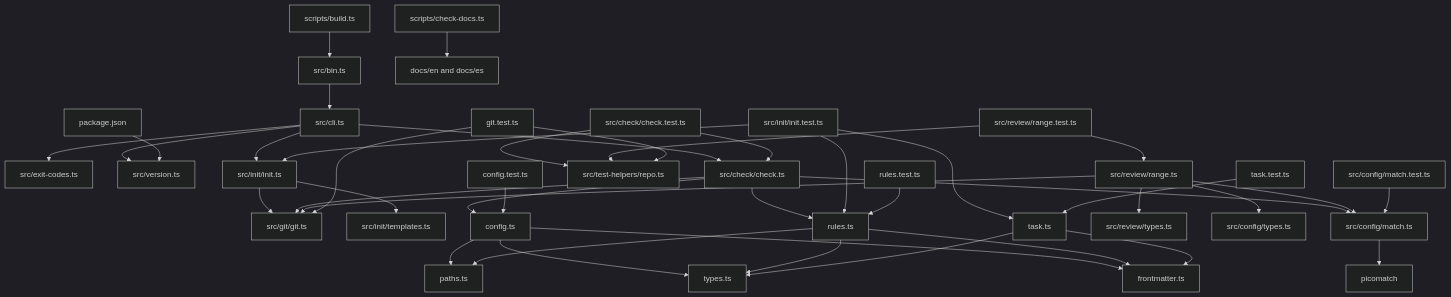
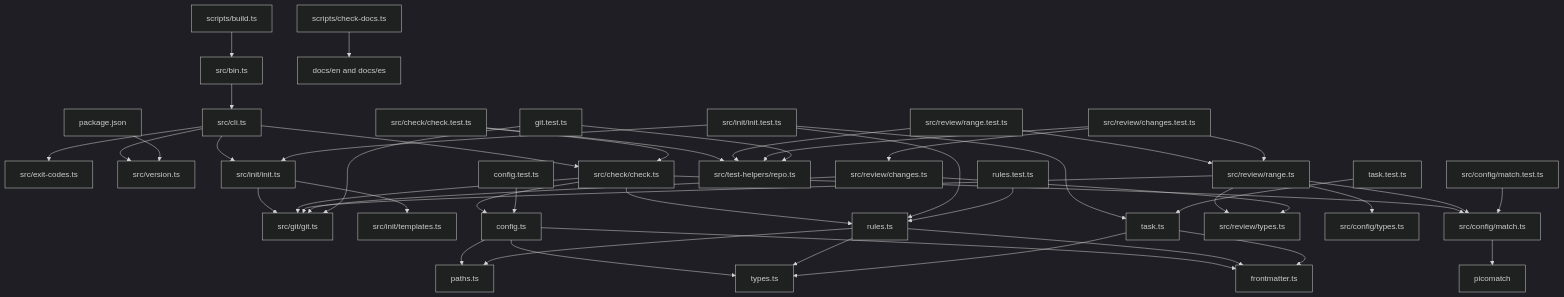
Before and after one commit to CodeLab614-AI/code-audit: the diagram in docs/en/2-architecture/10-architecture.md, drawn with Mermaid (dark theme). The commit also changed other lines of this file and 58 other files, not shown here.

Commit message:
feat(review): add changed lines reader for the review range

````diff
--- a/docs/en/2-architecture/10-architecture.md
+++ b/docs/en/2-architecture/10-architecture.md
@@ -8,43 +8,48 @@
 ```mermaid
 flowchart TD
     bin["src/bin.ts"] --> cli["src/cli.ts"]
     cli --> codes["src/exit-codes.ts"]
     cli --> version["src/version.ts"]
     cli --> init["src/init/init.ts"]
     cli --> check["src/check/check.ts"]
     init --> git["src/git/git.ts"]
     init --> templates["src/init/templates.ts"]
     check --> config["src/config/config.ts"]
     check --> rules["src/config/rules.ts"]
     check --> git["src/git/git.ts"]
     check --> match["src/config/match.ts"]
     match --> picomatch["picomatch"]
     range["src/review/range.ts"] --> git
     range --> match
     range --> reviewTypes["src/review/types.ts"]
     range --> configTypes["src/config/types.ts"]
+    changes["src/review/changes.ts"] --> git
+    changes --> reviewTypes
     checkTest["src/check/check.test.ts"] --> check
     checkTest --> repoHelper["src/test-helpers/repo.ts"]
     matchTest["src/config/match.test.ts"] --> match
     rangeTest["src/review/range.test.ts"] --> range
     rangeTest --> repoHelper
+    changesTest["src/review/changes.test.ts"] --> changes
+    changesTest --> range
+    changesTest --> repoHelper
     initTest["src/init/init.test.ts"] --> init
     initTest --> rules["src/config/rules.ts"]
     initTest --> task["src/config/task.ts"]
     pkg["package.json"] --> version
     configTest["config.test.ts"] --> config["config.ts"]
     rulesTest["rules.test.ts"] --> rules["rules.ts"]
     taskTest["task.test.ts"] --> task["task.ts"]
     config --> paths["paths.ts"]
     config --> types["types.ts"]
     config --> frontmatter["frontmatter.ts"]
     rules --> paths
     rules --> types
     rules --> frontmatter
     task --> types
     task --> frontmatter
     gitTest["git.test.ts"] --> git["src/git/git.ts"]
     gitTest --> repoHelper["src/test-helpers/repo.ts"]
     build["scripts/build.ts"] --> bin
     docsCheck["scripts/check-docs.ts"] --> docs["docs/en and docs/es"]
 ```
````
